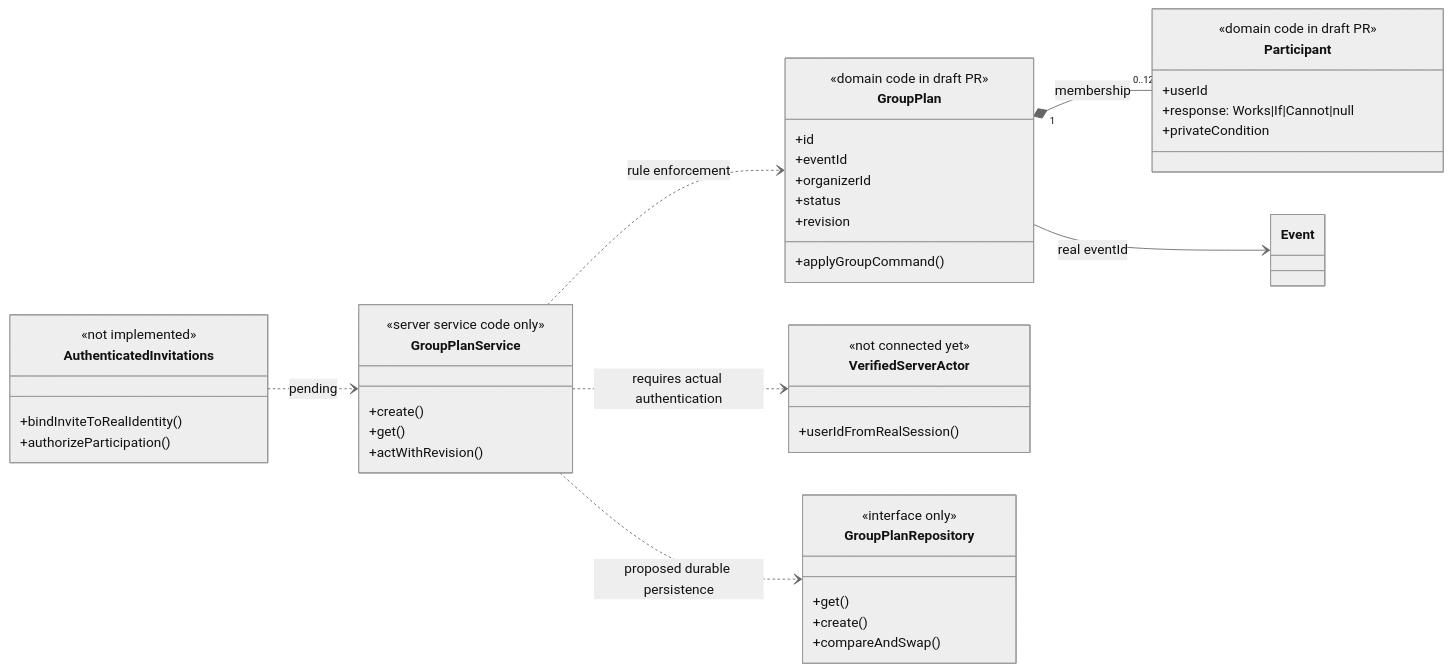
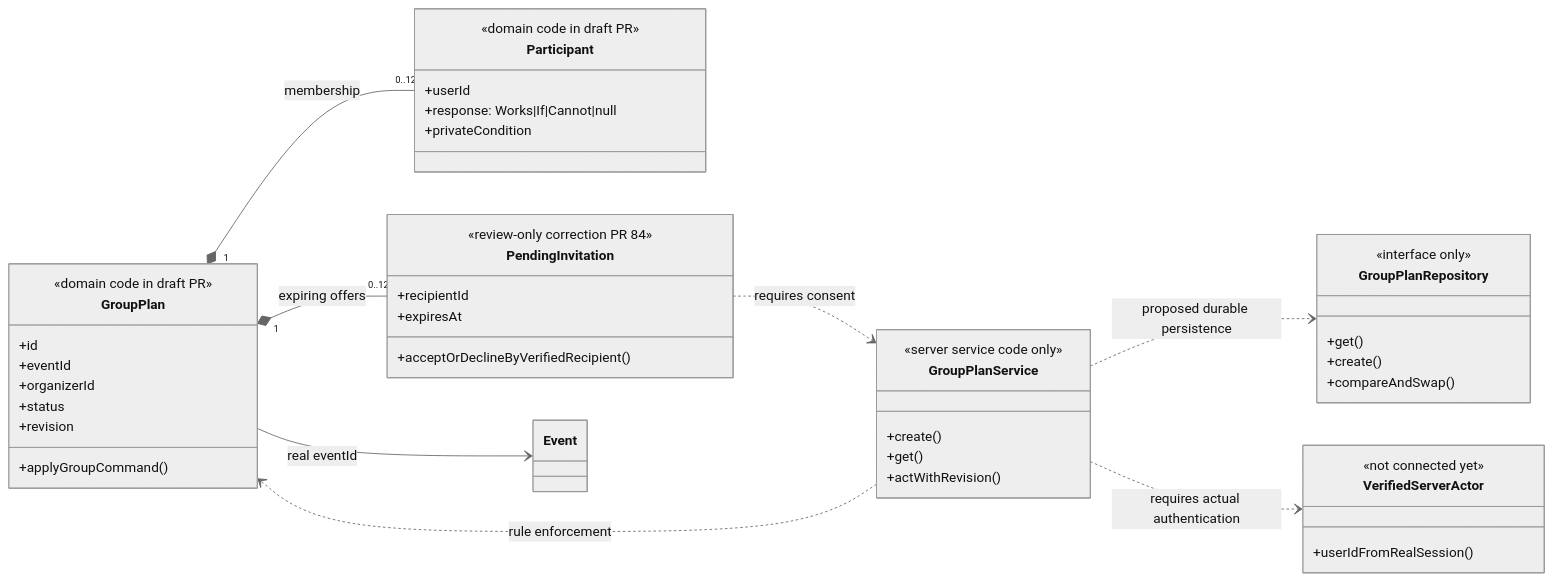
One commit to haiiroWednesday/SideQuest-CSCI187 changed the second of 2 diagrams in docs/diagrams/FINAL_PROJECT_CRC_PREVIEW.md. Above: the diagram before and after it, drawn with Mermaid (neutral theme). The commit also changed other lines of this file, not shown here.

Commit message:
docs(architecture): reconcile group consent proposal and current merged boundaries

````diff
--- a/docs/diagrams/FINAL_PROJECT_CRC_PREVIEW.md
+++ b/docs/diagrams/FINAL_PROJECT_CRC_PREVIEW.md
@@ -71,46 +71,48 @@
 ```mermaid
 classDiagram
 direction LR
 class GroupPlan {
   <<domain code in draft PR>>
   +id
   +eventId
   +organizerId
   +status
   +revision
   +applyGroupCommand()
 }
 class Participant {
   <<domain code in draft PR>>
   +userId
   +response: Works|If|Cannot|null
   +privateCondition
 }
 class GroupPlanService {
   <<server service code only>>
   +create()
   +get()
   +actWithRevision()
 }
 class VerifiedServerActor {
   <<not connected yet>>
   +userIdFromRealSession()
 }
 class GroupPlanRepository {
   <<interface only>>
   +get()
   +create()
   +compareAndSwap()
 }
-class AuthenticatedInvitations {
-  <<not implemented>>
-  +bindInviteToRealIdentity()
-  +authorizeParticipation()
+class PendingInvitation {
+  <<review-only correction PR 84>>
+  +recipientId
+  +expiresAt
+  +acceptOrDeclineByVerifiedRecipient()
 }
 GroupPlan "1" *-- "0..12" Participant : membership
 GroupPlanService ..> GroupPlan : rule enforcement
 GroupPlanService ..> GroupPlanRepository : proposed durable persistence
 GroupPlanService ..> VerifiedServerActor : requires actual authentication
-AuthenticatedInvitations ..> GroupPlanService : pending
+GroupPlan "1" *-- "0..12" PendingInvitation : expiring offers
+PendingInvitation ..> GroupPlanService : requires consent
 GroupPlan --> Event : real eventId
 ```
````
